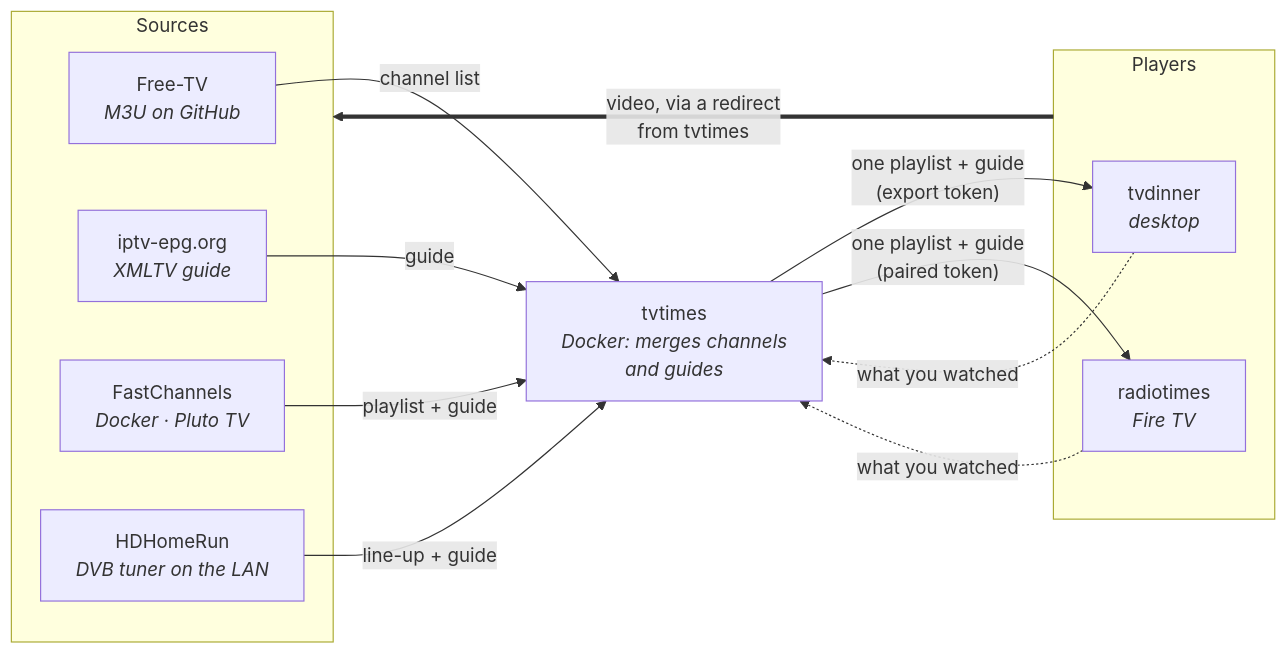
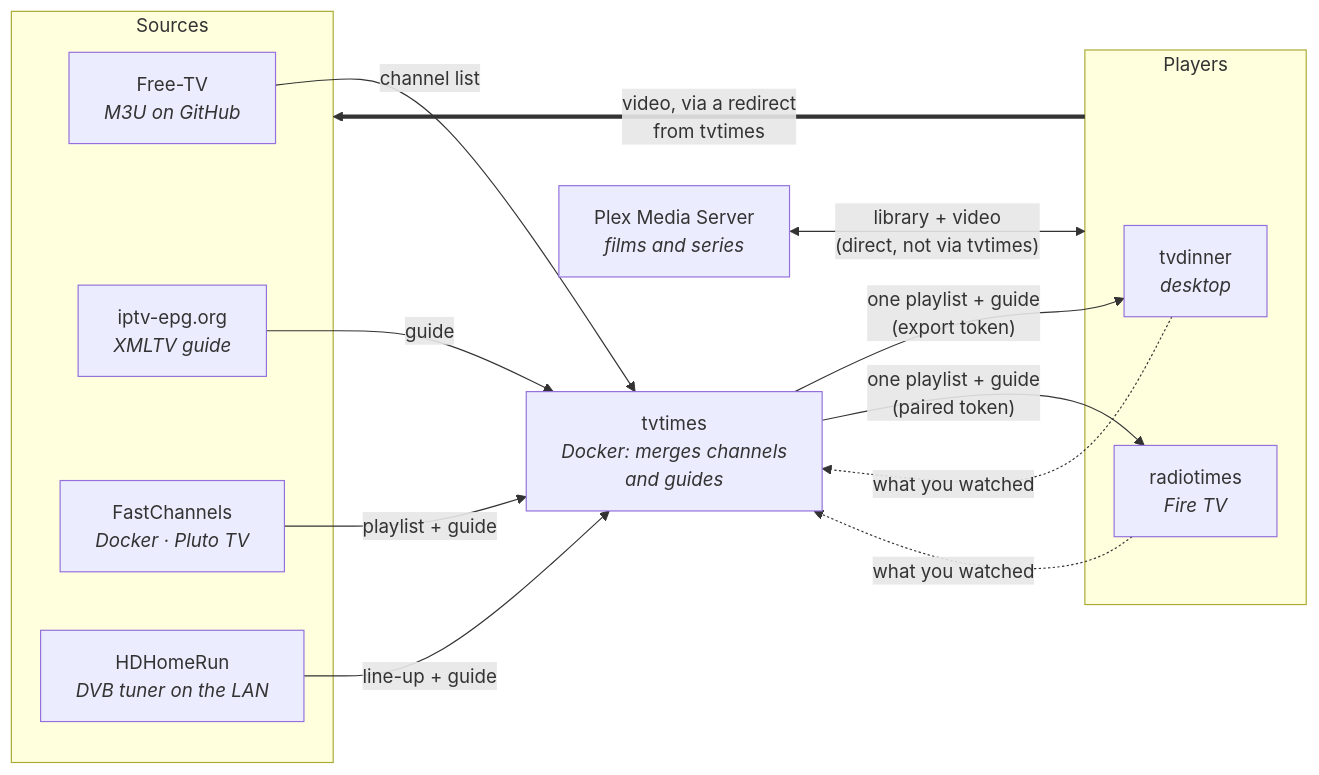
One commit to issinoho/radiotimes changed the diagram in README.md. Above: the diagram before and after it, drawn with Mermaid. The commit also changed other lines of this file, not shown here.

First line of the commit message:
Quick Start: optional Plex step for tvdinner and radiotimes

````diff
--- a/README.md
+++ b/README.md
@@ -34,26 +35,29 @@
 ```mermaid
 flowchart LR
     subgraph SRC["Sources"]
         FTV["Free-TV<br/><i>M3U on GitHub</i>"]
         EPG["iptv-epg.org<br/><i>XMLTV guide</i>"]
         FAST["FastChannels<br/><i>Docker · Pluto TV</i>"]
         HDHR["HDHomeRun<br/><i>DVB tuner on the LAN</i>"]
     end
 
     TT["tvtimes<br/><i>Docker: merges channels<br/>and guides</i>"]
 
     subgraph PLAY["Players"]
         TVD["tvdinner<br/><i>desktop</i>"]
         RT["radiotimes<br/><i>Fire TV</i>"]
     end
 
     FTV -->|channel list| TT
     EPG -->|guide| TT
     FAST -->|playlist + guide| TT
     HDHR -->|line-up + guide| TT
     TT -->|"one playlist + guide<br/>(export token)"| TVD
     TT -->|"one playlist + guide<br/>(paired token)"| RT
     TVD -.->|what you watched| TT
     RT -.->|what you watched| TT
+
+    PLEX["Plex Media Server<br/><i>films and series</i>"]
+    PLEX <-->|"library + video<br/>(direct, not via tvtimes)"| PLAY
     PLAY ==>|"video, via a redirect<br/>from tvtimes"| SRC
 ```
````
